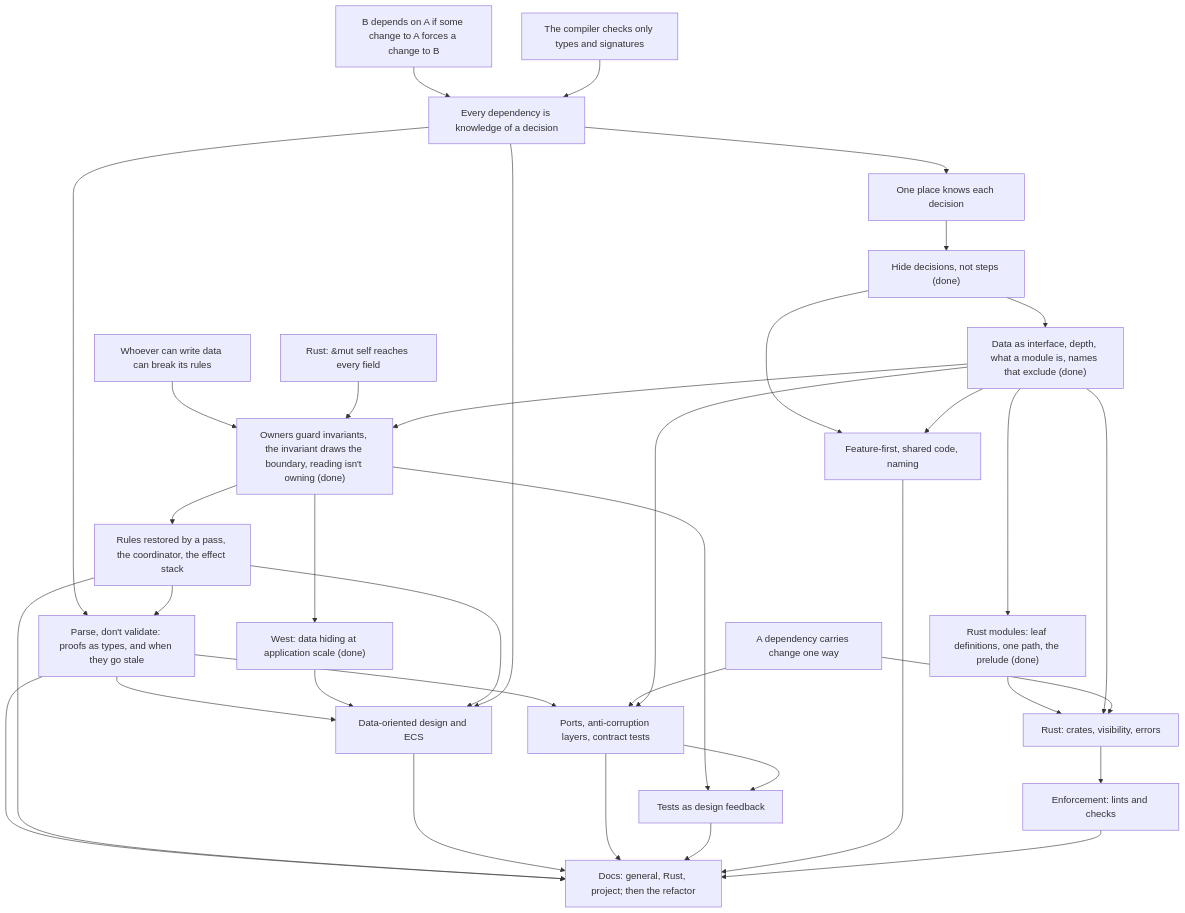
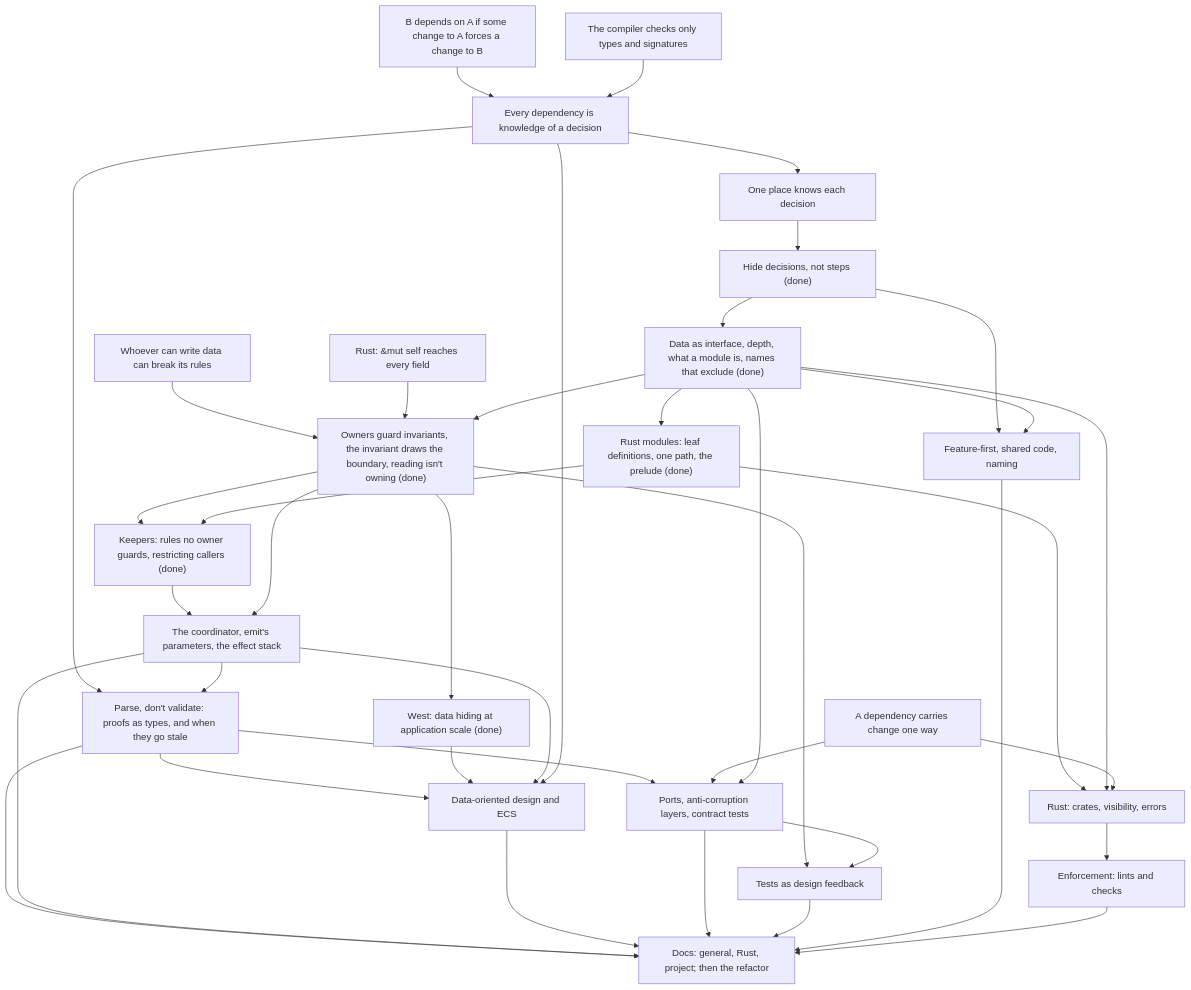
The diagram in docs/course/architecture/COURSE.md (EMachad0/CardGameEngine), drawn with Mermaid before and after one commit. The commit also changed other lines of this file and 7 other files, not shown here.

Commit message:
Close architecture session 02b: keepers and restricting callers, audit findings 24 to 32; session log; prepare 02c log

````diff
--- a/docs/course/architecture/COURSE.md
+++ b/docs/course/architecture/COURSE.md
@@ -391,61 +444,65 @@
 ```mermaid
 graph TD
   U1["B depends on A if some change to A forces a change to B"]
   U2["The compiler checks only types and signatures"]
   R1["Every dependency is knowledge of a decision"]
   OP["One place knows each decision"]
   R2["Whoever can write data can break its rules"]
   R3["A dependency carries change one way"]
   R4["Rust: &mut self reaches every field"]
 
   H["Hide decisions, not steps (done)"]
   D["Data as interface, depth, what a module is, names that exclude (done)"]
   O["Owners guard invariants, the invariant draws the boundary, reading isn't owning (done)"]
   W["West: data hiding at application scale (done)"]
-  C["Rules restored by a pass, the coordinator, the effect stack"]
+  K["Keepers: rules no owner guards, restricting callers (done)"]
+  C["The coordinator, emit's parameters, the effect stack"]
   PDV["Parse, don't validate: proofs as types, and when they go stale"]
   DOD["Data-oriented design and ECS"]
   P["Ports, anti-corruption layers, contract tests"]
   T["Tests as design feedback"]
   F["Feature-first, shared code, naming"]
   RM["Rust modules: leaf definitions, one path, the prelude (done)"]
   RS["Rust: crates, visibility, errors"]
   E["Enforcement: lints and checks"]
   DOCS["Docs: general, Rust, project; then the refactor"]
 
   U1-->R1
   U2-->R1
   R1-->OP
   OP-->H
   H-->D
   R2-->O
   R4-->O
   D-->O
   O-->W
+  O-->K
+  RM-->K
+  K-->C
   O-->C
   R1-->PDV
   C-->PDV
   PDV-->DOD
   PDV-->P
   PDV-->DOCS
   W-->DOD
   C-->DOD
   R1-->DOD
   R3-->P
   D-->P
   O-->T
   P-->T
   H-->F
   D-->F
   D-->RM
   RM-->RS
   D-->RS
   R3-->RS
   RS-->E
   C-->DOCS
   DOD-->DOCS
   P-->DOCS
   T-->DOCS
   F-->DOCS
   E-->DOCS
 ```
````
